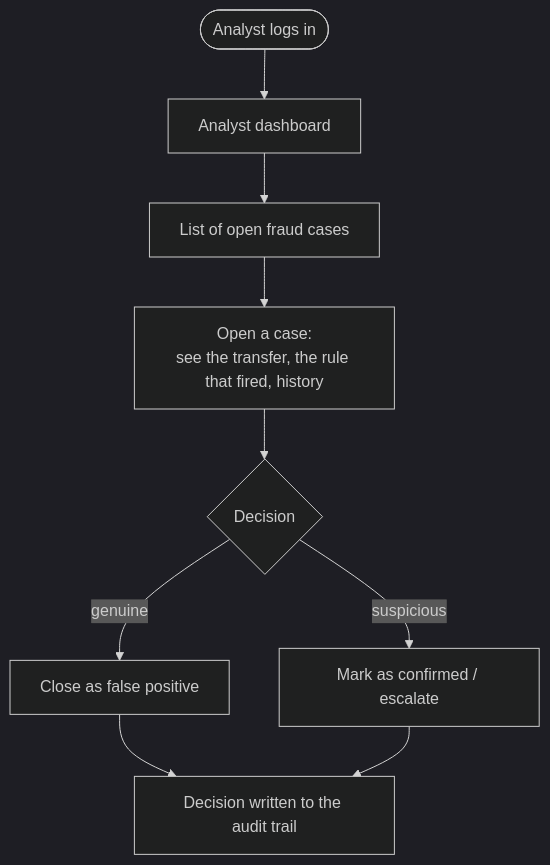
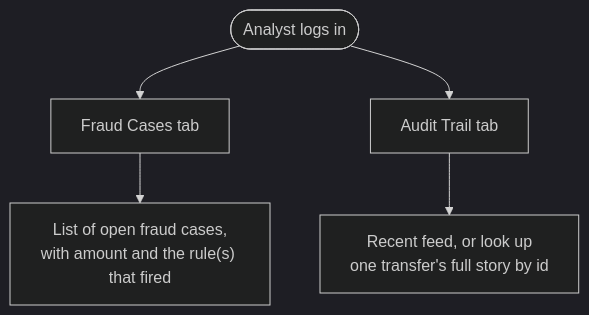
One commit to Nayeemshaik29/SentinelBank changed the third of 8 diagrams in README.md. Above: the diagram before and after it, drawn with Mermaid (dark theme). The commit also changed other lines of this file and 58 other files, not shown here.

````diff
--- a/README.md
+++ b/README.md
@@ -142,11 +142,7 @@
 ```mermaid
 flowchart TD
-    A([Analyst logs in]) --> B["Analyst dashboard"]
-    B --> C["List of open fraud cases"]
-    C --> D["Open a case:<br/>see the transfer, the rule that fired, history"]
-    D --> E{"Decision"}
-    E -- "genuine" --> F["Close as false positive"]
-    E -- "suspicious" --> G["Mark as confirmed / escalate"]
-    F --> H["Decision written to the audit trail"]
-    G --> H
+    A([Analyst logs in]) --> B["Fraud Cases tab"]
+    B --> C["List of open fraud cases,<br/>with amount and the rule(s) that fired"]
+    A --> D["Audit Trail tab"]
+    D --> E["Recent feed, or look up<br/>one transfer's full story by id"]
 ```
````
